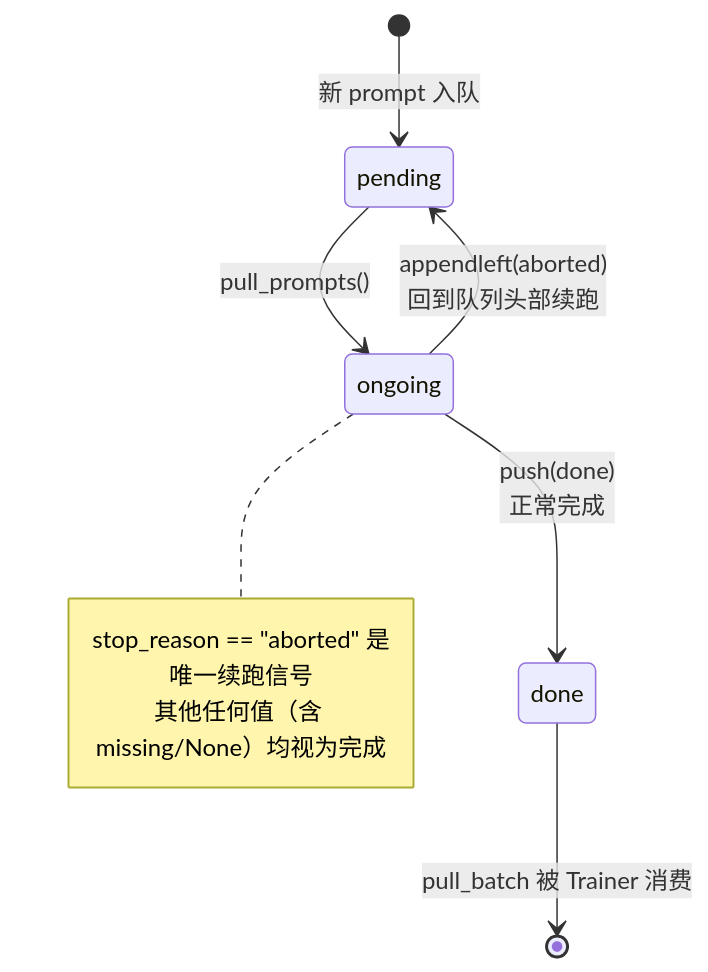
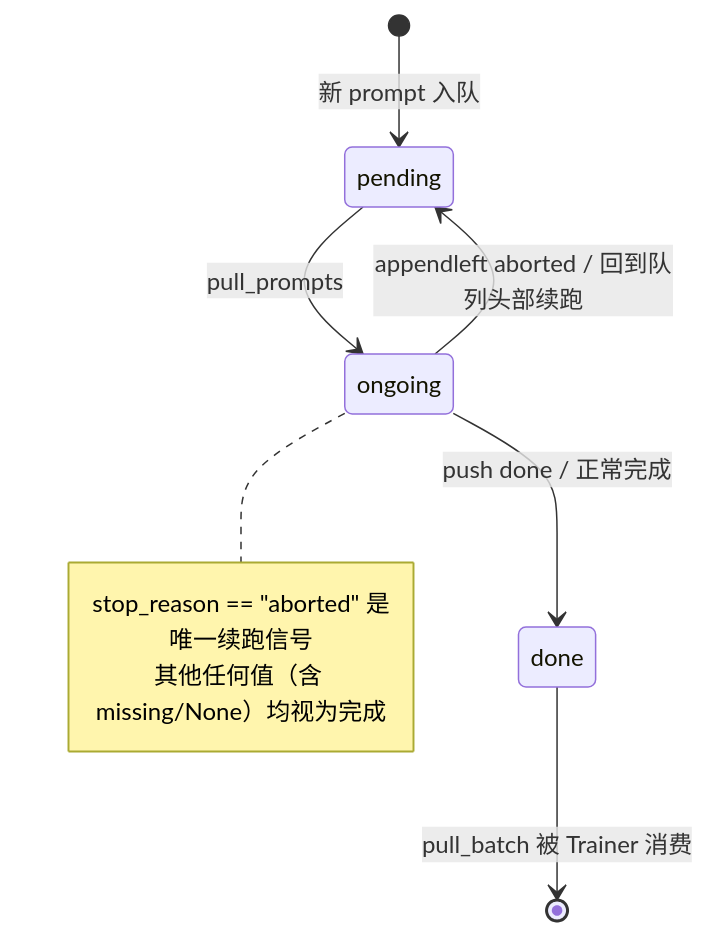
Before and after one commit to meituan-search/verl: diagram 14 of 25 in docs/advance/async_rl_evolution.md, drawn with Mermaid. The commit also changed other lines of this file, not shown here.

````diff
--- a/docs/advance/async_rl_evolution.md
+++ b/docs/advance/async_rl_evolution.md
@@ -900,13 +994,13 @@
 ```mermaid
 stateDiagram-v2
     [*] --> pending: 新 prompt 入队
-    pending --> ongoing: pull_prompts()
-    ongoing --> done: push(done)<br/>正常完成
-    ongoing --> pending: appendleft(aborted)<br/>回到队列头部续跑
+    pending --> ongoing: pull_prompts
+    ongoing --> done: push done / 正常完成
+    ongoing --> pending: appendleft aborted / 回到队列头部续跑
     done --> [*]: pull_batch 被 Trainer 消费
 
     note right of ongoing
         stop_reason == "aborted" 是唯一续跑信号
         其他任何值（含 missing/None）均视为完成
     end note
 ```
````
